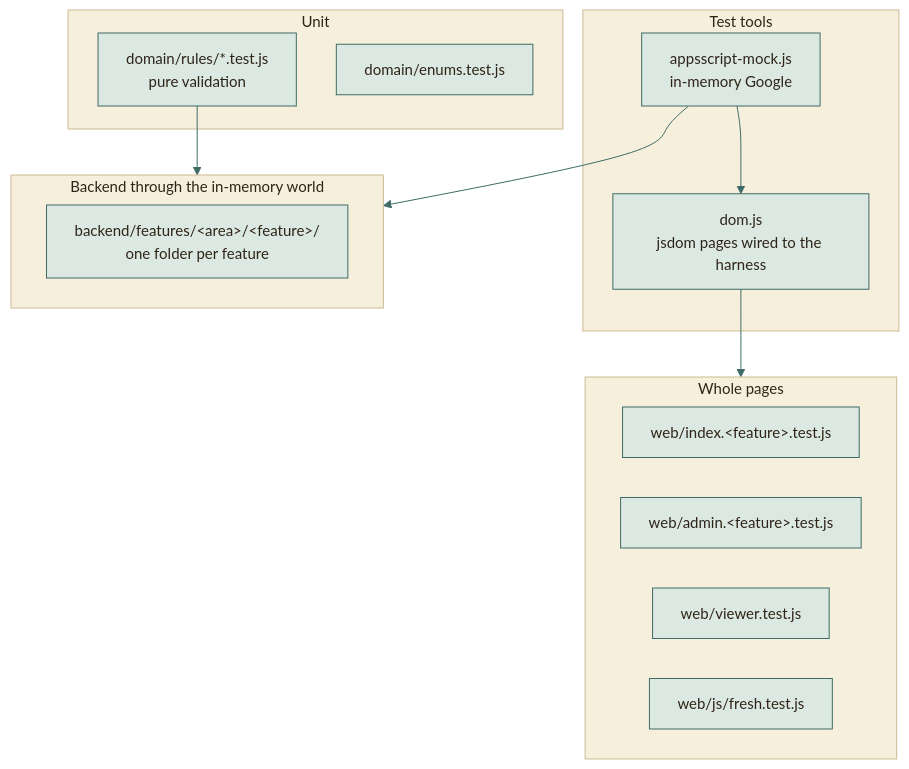
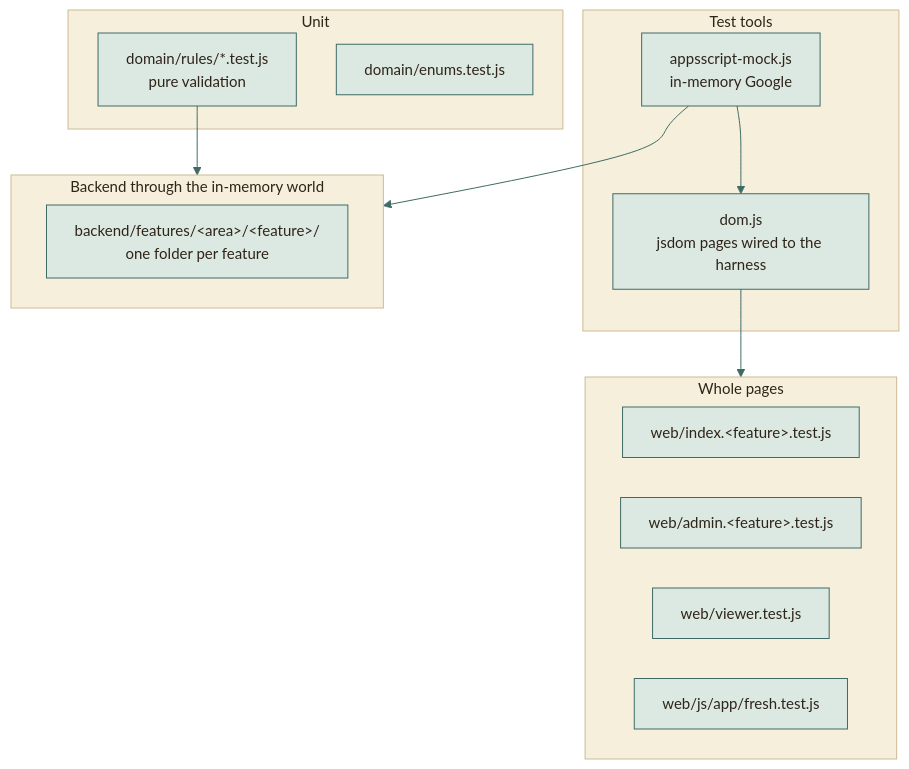
One commit to moyeh04/forms-platform changed the first of 2 diagrams in docs/process/TESTING.md. Above: the diagram before and after it, drawn with Mermaid. The commit also changed other lines of this file and 2 other files, not shown here.

Commit message:
refactor(tests): Move the fresh page test to the path of its script
fresh.js lives in web/js/app/, but its test sat in tests/web/js/. The
test moves to tests/web/js/app/; only its relative require paths change,
and the baseline and TESTING.md follow the new path.

````diff
--- a/docs/process/TESTING.md
+++ b/docs/process/TESTING.md
@@ -13,53 +13,53 @@
 ```mermaid
 %%{init: {
   'theme': 'base',
   'themeVariables': {
     'fontFamily': 'ui-sans-serif, system-ui, -apple-system, Segoe UI, Roboto, sans-serif',
     'fontSize': '15px',
     'primaryColor': '#DCE9E2', 'primaryBorderColor': '#3F6B66', 'primaryTextColor': '#2F2418',
     'secondaryColor': '#F0E4C8', 'secondaryBorderColor': '#C9A24A', 'secondaryTextColor': '#2F2418',
     'tertiaryColor': '#F6EFDC', 'tertiaryBorderColor': '#CDBB94', 'tertiaryTextColor': '#2F2418',
     'lineColor': '#3F6B66', 'textColor': '#2F2418', 'mainBkg': '#DCE9E2', 'nodeBorder': '#3F6B66',
     'clusterBkg': '#F6EFDC', 'clusterBorder': '#CDBB94', 'titleColor': '#2F2418',
     'edgeLabelBackground': '#F8F1DD',
     'actorBkg': '#DCE9E2', 'actorBorder': '#3F6B66', 'actorTextColor': '#2F2418', 'actorLineColor': '#8FB3AB',
     'signalColor': '#477A73', 'signalTextColor': '#477A73',
     'labelBoxBkgColor': '#F0E4C8', 'labelBoxBorderColor': '#C9A24A', 'labelTextColor': '#2F2418', 'loopTextColor': '#6A5A44',
     'noteBkgColor': '#FBEFC9', 'noteBorderColor': '#C9A24A', 'noteTextColor': '#2F2418',
     'activationBkgColor': '#DCE9E2', 'activationBorderColor': '#3F6B66', 'sequenceNumberColor': '#F8F1DD',
     'transitionColor': '#3F6B66', 'stateLabelColor': '#2F2418', 'stateBkg': '#DCE9E2', 'altBackground': '#F6EFDC',
     'attributeBackgroundColorOdd': '#F8F1DD', 'attributeBackgroundColorEven': '#F0E4C8'
   },
   'flowchart': {'curve': 'basis', 'padding': 14, 'nodeSpacing': 40, 'rankSpacing': 46},
   'sequence': {'mirrorActors': false, 'messageMargin': 34, 'boxMargin': 8}
 }}%%
 flowchart TD
     subgraph tools["Test tools"]
         harness["appsscript-mock.js<br/>in-memory Google"]
         dom["dom.js<br/>jsdom pages wired to the harness"]
     end
     subgraph units["Unit"]
         rules["domain/rules/*.test.js<br/>pure validation"]
         enums["domain/enums.test.js"]
     end
     subgraph backend["Backend through the in-memory world"]
         core["backend/features/&lt;area&gt;/&lt;feature&gt;/<br/>one folder per feature"]
     end
     subgraph pages["Whole pages"]
         fui["web/index.&lt;feature&gt;.test.js"]
         aui["web/admin.&lt;feature&gt;.test.js"]
         vui["web/viewer.test.js"]
-        fresh["web/js/fresh.test.js"]
+        fresh["web/js/app/fresh.test.js"]
     end
 
     harness --> backend
     harness --> dom
     dom --> pages
     rules --> backend
     classDef cDb fill:#F3E2B3,stroke:#B8892D,stroke-width:1.5px,color:#2F2418
     classDef cActor fill:#F4D9D3,stroke:#9A3328,stroke-width:1.5px,color:#2F2418
     classDef cDec fill:#FBEFC9,stroke:#C9A24A,stroke-width:1.5px,color:#2F2418
     classDef cEnd fill:#2F2418,stroke:#2F2418,color:#F8F1DD
     classDef cErr fill:#F6D5CF,stroke:#A12B1F,stroke-width:1.5px,color:#5A140C
     classDef cOk fill:#BFD9CF,stroke:#2E5A55,stroke-width:1.5px,color:#17302D
 ```
````
